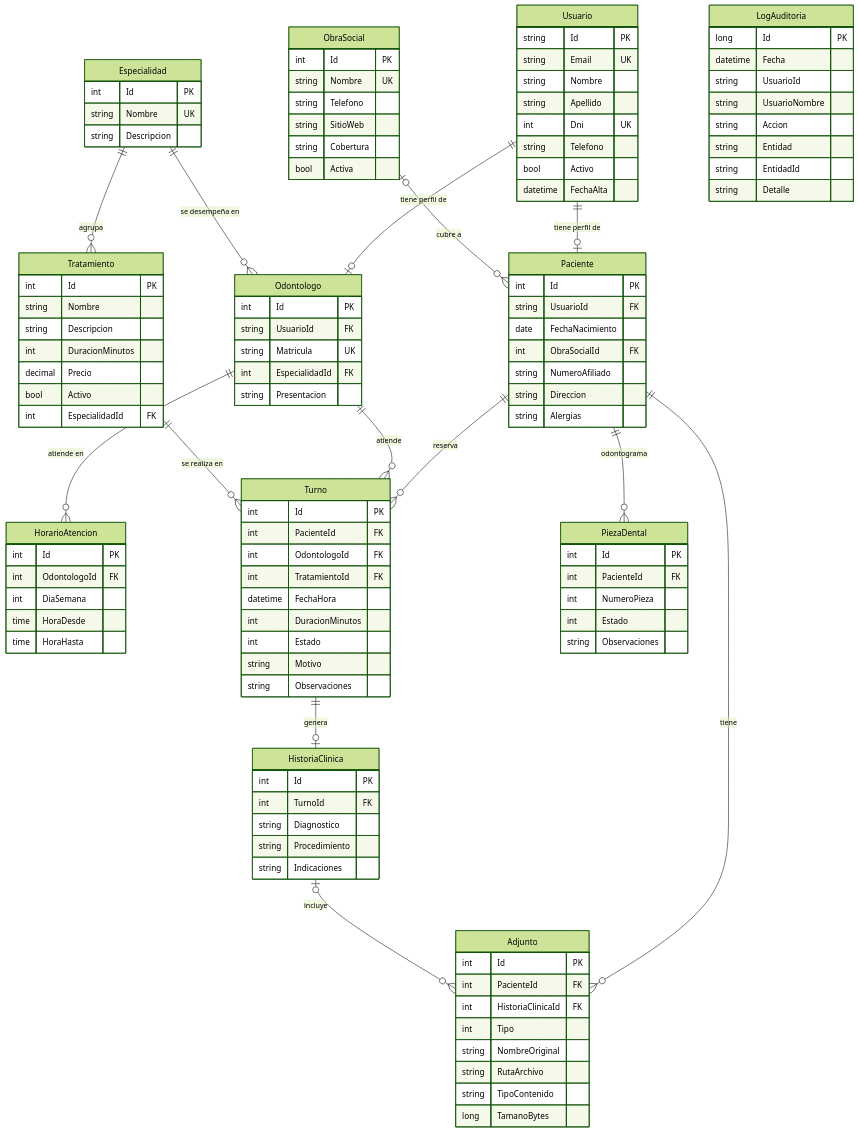
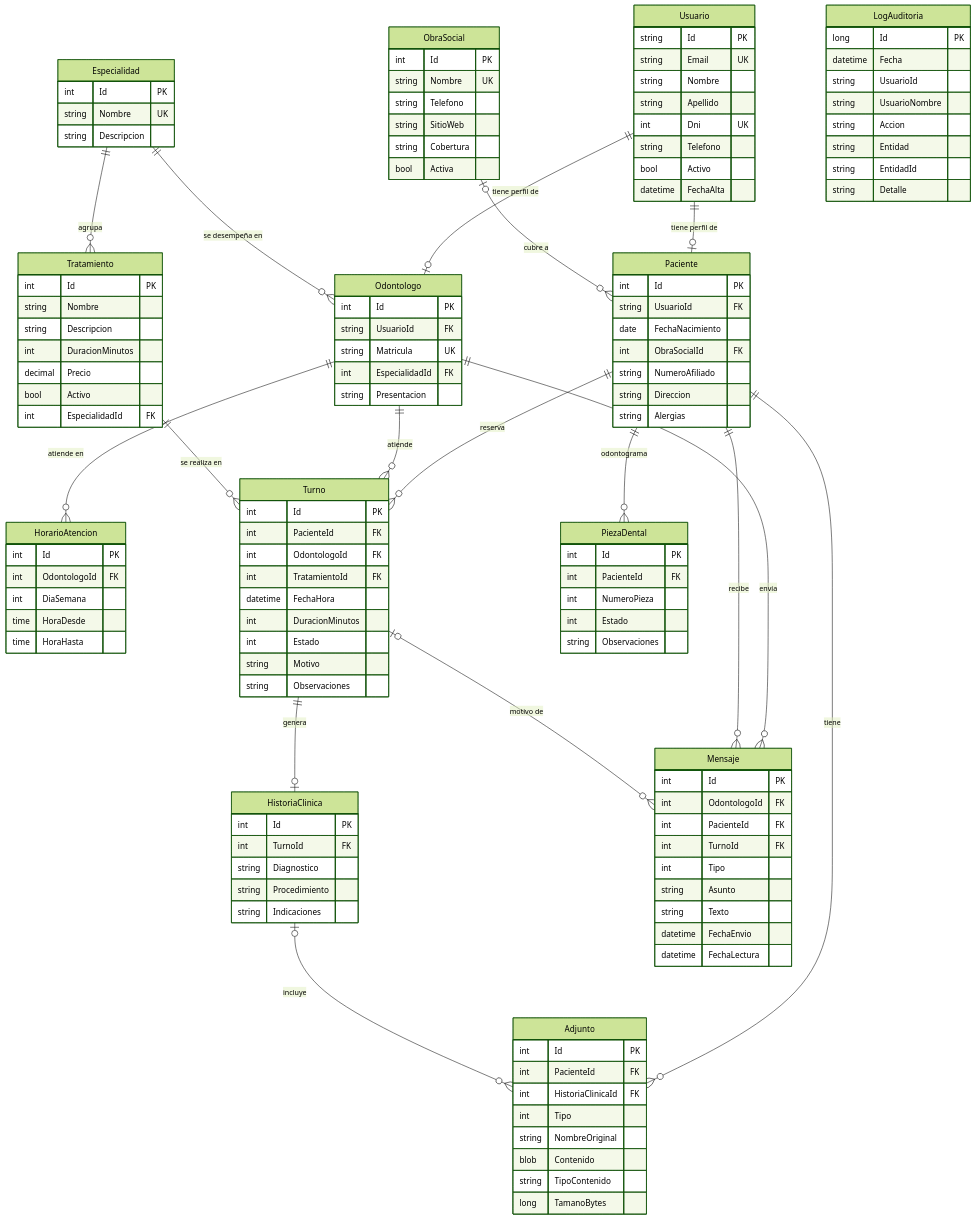
One commit to facuneveu/sonrisa-dental changed the diagram in docs/Hito1-Propuesta-y-Diseno.md. Above: the diagram before and after it, drawn with Mermaid (forest theme). The commit also changed other lines of this file and 53 other files, not shown here.

```diff
--- a/docs/Hito1-Propuesta-y-Diseno.md
+++ b/docs/Hito1-Propuesta-y-Diseno.md
@@ -61,6 +63,9 @@
     Paciente ||--o{ Adjunto : "tiene"
     HistoriaClinica |o--o{ Adjunto : "incluye"
     Paciente ||--o{ PiezaDental : "odontograma"
+    Odontologo ||--o{ Mensaje : "envía"
+    Paciente ||--o{ Mensaje : "recibe"
+    Turno |o--o{ Mensaje : "motivo de"
 
     Usuario {
         string Id PK
@@ -141,7 +146,7 @@
         int HistoriaClinicaId FK
         int Tipo
         string NombreOriginal
-        string RutaArchivo
+        blob Contenido
         string TipoContenido
         long TamanoBytes
     }
@@ -151,6 +156,17 @@
         int NumeroPieza
         int Estado
         string Observaciones
+    }
+    Mensaje {
+        int Id PK
+        int OdontologoId FK
+        int PacienteId FK
+        int TurnoId FK
+        int Tipo
+        string Asunto
+        string Texto
+        datetime FechaEnvio
+        datetime FechaLectura
     }
     LogAuditoria {
         long Id PK
```
